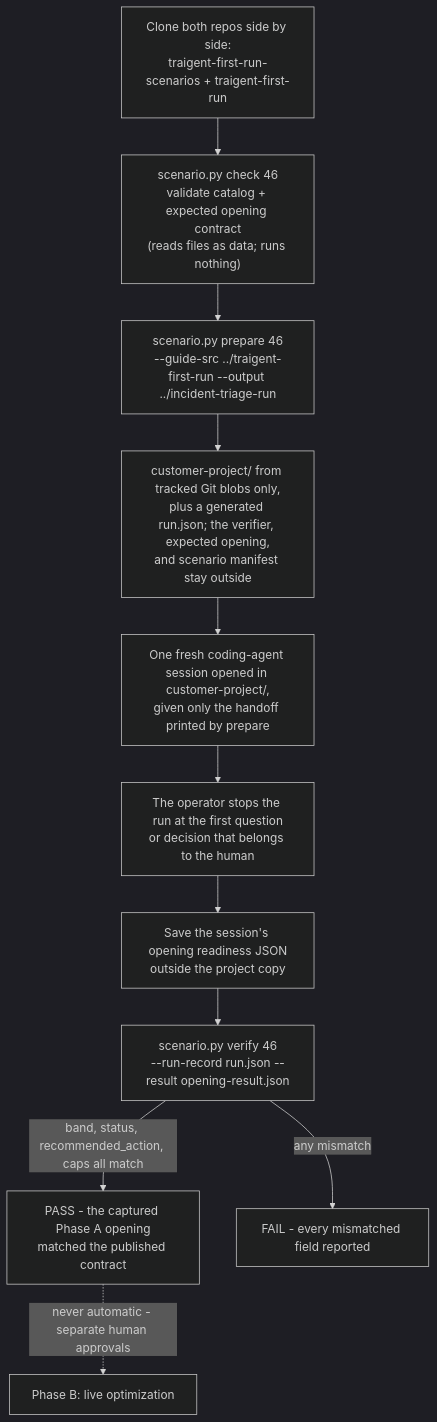
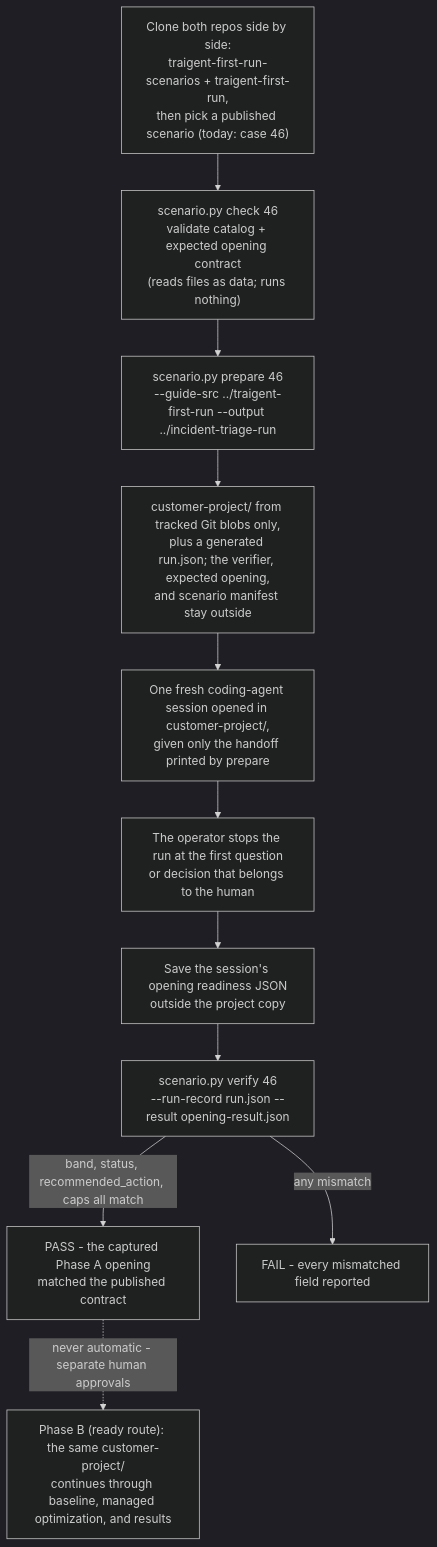
One commit to Traigent/traigent-first-run-scenarios changed the diagram in README.md. Above: the diagram before and after it, drawn with Mermaid (dark theme). The commit also changed other lines of this file and 1 other file, not shown here.

````diff
--- a/README.md
+++ b/README.md
@@ -159,13 +178,13 @@
 ```mermaid
 flowchart TD
-    A["Clone both repos side by side:<br/>traigent-first-run-scenarios + traigent-first-run"] --> B["scenario.py check 46<br/>validate catalog + expected opening contract<br/>(reads files as data; runs nothing)"]
+    A["Clone both repos side by side:<br/>traigent-first-run-scenarios + traigent-first-run,<br/>then pick a published scenario (today: case 46)"] --> B["scenario.py check 46<br/>validate catalog + expected opening contract<br/>(reads files as data; runs nothing)"]
     B --> C["scenario.py prepare 46<br/>--guide-src ../traigent-first-run --output ../incident-triage-run"]
     C --> D["customer-project/ from tracked Git blobs only,<br/>plus a generated run.json; the verifier, expected opening,<br/>and scenario manifest stay outside"]
     D --> E["One fresh coding-agent session opened in customer-project/,<br/>given only the handoff printed by prepare"]
     E --> F["The operator stops the run at the first question<br/>or decision that belongs to the human"]
     F --> G["Save the session's opening readiness JSON<br/>outside the project copy"]
     G --> H["scenario.py verify 46<br/>--run-record run.json --result opening-result.json"]
     H -->|"band, status, recommended_action, caps all match"| I["PASS - the captured Phase A opening<br/>matched the published contract"]
     H -->|"any mismatch"| J["FAIL - every mismatched field reported"]
-    I -.->|"never automatic - separate human approvals"| K["Phase B: live optimization"]
+    I -.->|"never automatic - separate human approvals"| K["Phase B (ready route): the same customer-project/<br/>continues through baseline, managed optimization, and results"]
 ```
````
